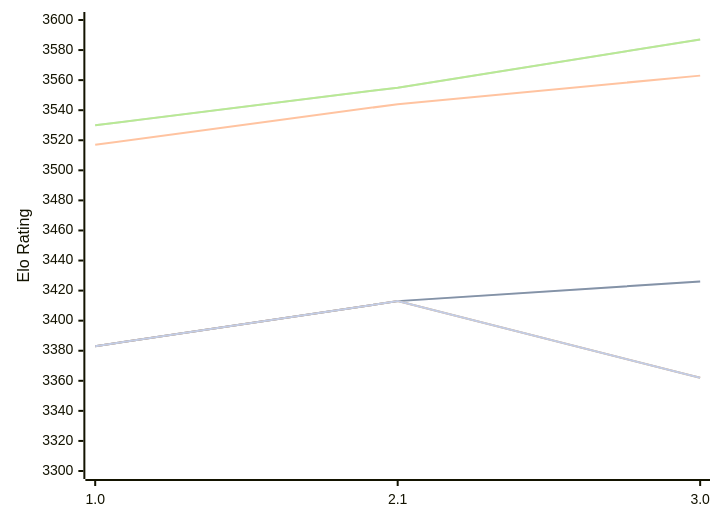
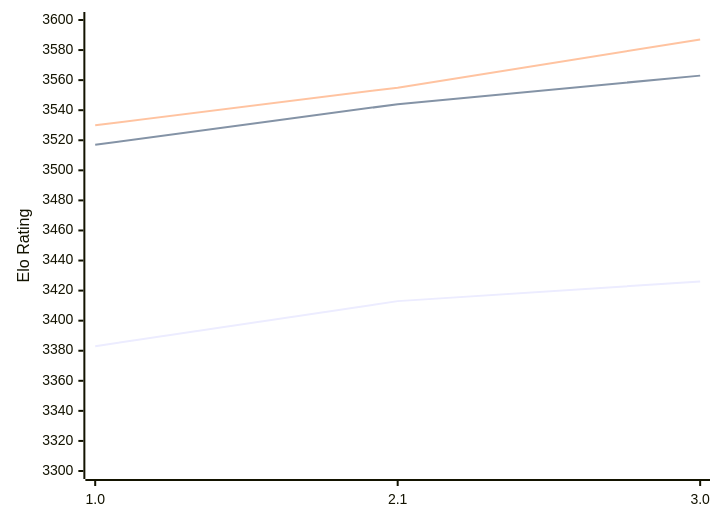
One commit to computer-chess-index/cci changed the diagram in engines/Hobbes.md. Above: the diagram before and after it, drawn with Mermaid. The commit also changed other lines of this file, not shown here.

````diff
--- a/engines/Hobbes.md
+++ b/engines/Hobbes.md
@@ -49,13 +49,9 @@
 ```mermaid
 %%{init: {"theme":"base","themeVariables":{"seriesColors:['#a3a3a3','#222221','#faa371']}}}%%
 xychart-beta
   x-axis ["1.0", "2.1", "3.0"]
   y-axis "Elo Rating" 3300 --> 3600
-  line "" [3383, 3413, 3426]
   line "T1: STC (8.0+0.08s)" [3383, 3413, 3426]
   line "T1: LTC (60.0+0.60s)" [3517, 3544, 3563]
-  line "" [3530, 3555, 3587]
   line "T1: VLTC (2m24s+1.12s)" [3530, 3555, 3587]
-  line "" [3383, 3413,3362]
-  line "E1: STC (8.0+0.08s)" [3383, 3413,3362]
 ```
````
